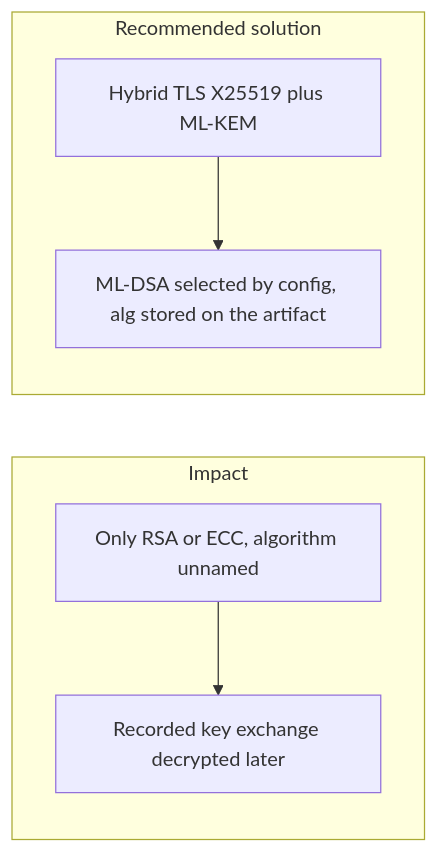
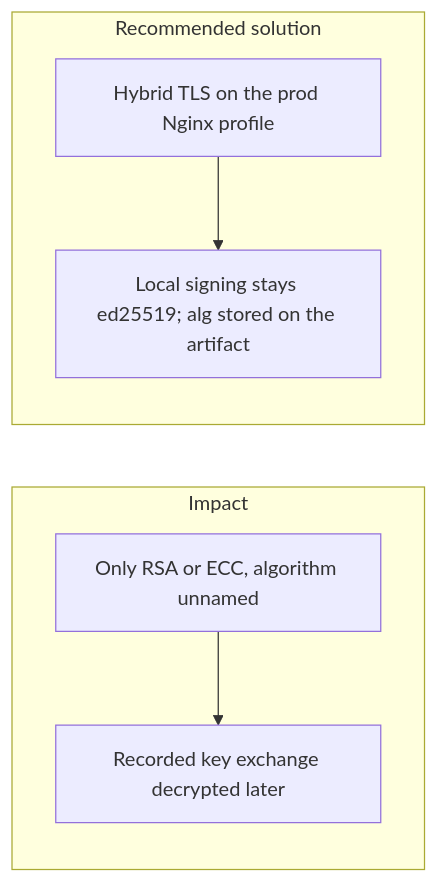
The diagram in docs/Common_Challenges_In_Fintech_Cryptographic/008_post_quantum_readiness_and_cryptographic_agility.md (AymanNagyAhmed/backend-fintech-cryptographic-monolith), drawn with Mermaid before and after one commit. The commit also changed other lines of this file and 11 other files, not shown here.

````diff
--- a/docs/Common_Challenges_In_Fintech_Cryptographic/008_post_quantum_readiness_and_cryptographic_agility.md
+++ b/docs/Common_Challenges_In_Fintech_Cryptographic/008_post_quantum_readiness_and_cryptographic_agility.md
@@ -3,9 +3,9 @@
 ```mermaid
 flowchart LR
   subgraph impactPath [Impact]
     rsaOnly["Only RSA or ECC, algorithm unnamed"] --> harvest[Recorded key exchange decrypted later]
   end
   subgraph solutionPath [Recommended solution]
-    hybrid[Hybrid TLS X25519 plus ML-KEM] --> configAlg["ML-DSA selected by config, alg stored on the artifact"]
+    hybrid[Hybrid TLS on the prod Nginx profile] --> localEd["Local signing stays ed25519; alg stored on the artifact"]
   end
 ```
````
